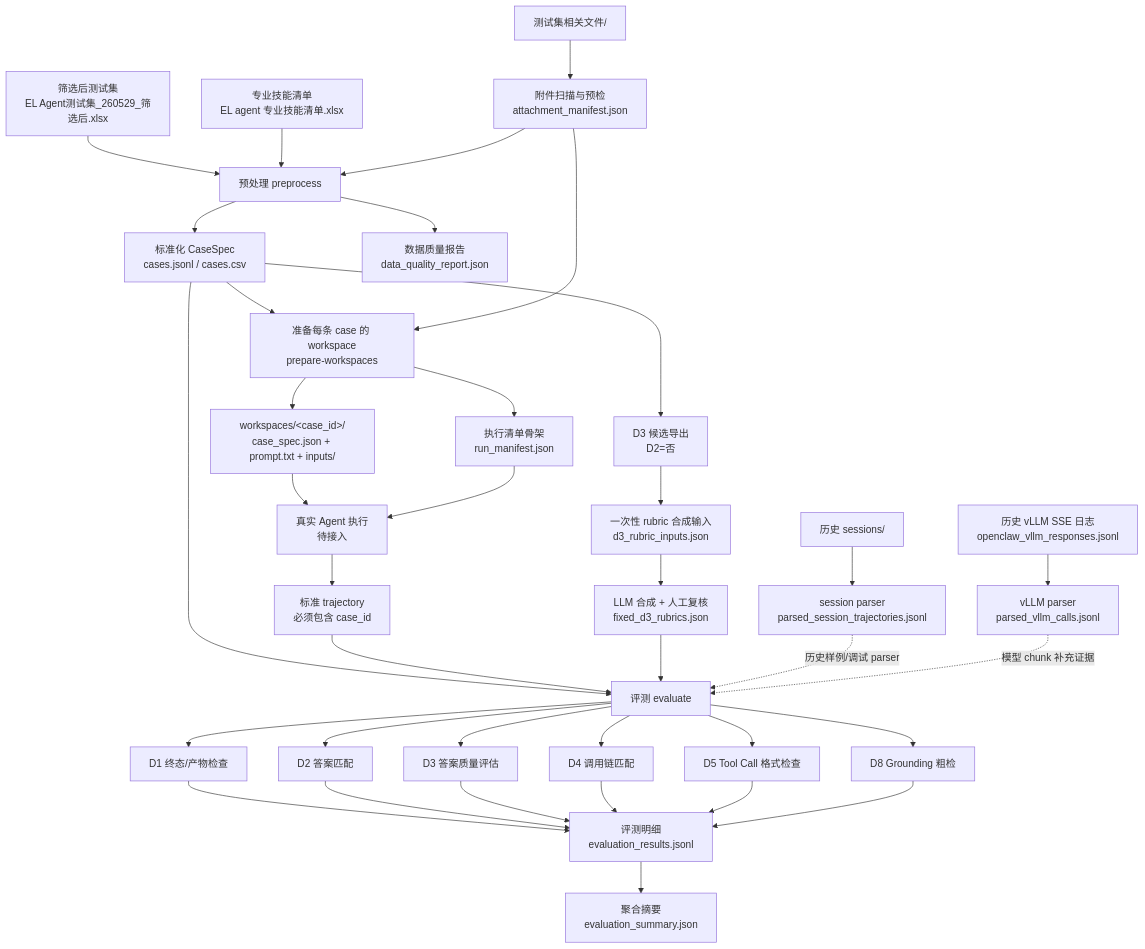
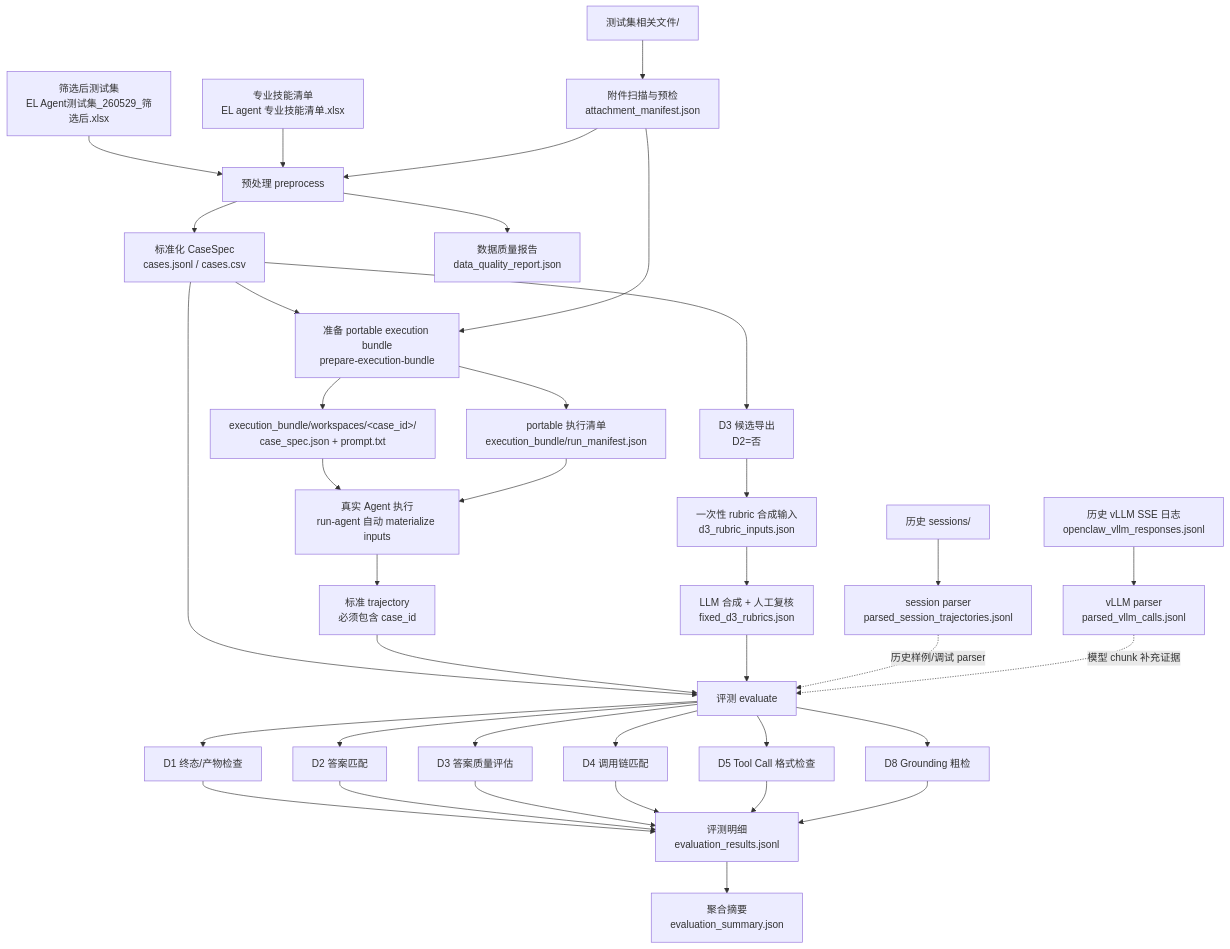
Before and after one commit to JingChufei/el-agent-evaluation: the diagram in README.md, drawn with Mermaid. The commit also changed other lines of this file and 83 other files, not shown here.

Commit message:
Add portable execution bundle

````diff
--- a/README.md
+++ b/README.md
@@ -31,45 +31,45 @@
 ```mermaid
 flowchart TD
   A["筛选后测试集<br/>EL Agent测试集_260529_筛选后.xlsx"] --> B["预处理 preprocess"]
   C["测试集相关文件/"] --> D["附件扫描与预检<br/>attachment_manifest.json"]
   E["专业技能清单<br/>EL agent 专业技能清单.xlsx"] --> B
   F["历史 sessions/"] --> G["session parser<br/>parsed_session_trajectories.jsonl"]
   H["历史 vLLM SSE 日志<br/>openclaw_vllm_responses.jsonl"] --> I["vLLM parser<br/>parsed_vllm_calls.jsonl"]
 
   D --> B
   B --> J["标准化 CaseSpec<br/>cases.jsonl / cases.csv"]
   B --> K["数据质量报告<br/>data_quality_report.json"]
   J --> Y["D3 候选导出<br/>D2=否"]
   Y --> Z["一次性 rubric 合成输入<br/>d3_rubric_inputs.json"]
   Z --> AA["LLM 合成 + 人工复核<br/>fixed_d3_rubrics.json"]
 
-  J --> L["准备每条 case 的 workspace<br/>prepare-workspaces"]
+  J --> L["准备 portable execution bundle<br/>prepare-execution-bundle"]
   D --> L
-  L --> M["workspaces/&lt;case_id&gt;/<br/>case_spec.json + prompt.txt + inputs/"]
-  L --> N["执行清单骨架<br/>run_manifest.json"]
+  L --> M["execution_bundle/workspaces/&lt;case_id&gt;/<br/>case_spec.json + prompt.txt"]
+  L --> N["portable 执行清单<br/>execution_bundle/run_manifest.json"]
 
-  M --> O["真实 Agent 执行<br/>待接入"]
+  M --> O["真实 Agent 执行<br/>run-agent 自动 materialize inputs"]
   N --> O
   O --> P["标准 trajectory<br/>必须包含 case_id"]
 
   J --> Q["评测 evaluate"]
   P --> Q
   AA --> Q
   G -. "历史样例/调试 parser" .-> Q
   I -. "模型 chunk 补充证据" .-> Q
 
   Q --> R["D1 终态/产物检查"]
   Q --> S["D2 答案匹配"]
   Q --> T["D3 答案质量评估"]
   Q --> U["D4 调用链匹配"]
   Q --> V["D5 Tool Call 格式检查"]
   Q --> X1["D8 Grounding 粗检"]
 
   R --> W["评测明细<br/>evaluation_results.jsonl"]
   S --> W
   T --> W
   U --> W
   V --> W
   X1 --> W
   W --> X["聚合摘要<br/>evaluation_summary.json"]
 ```
````
